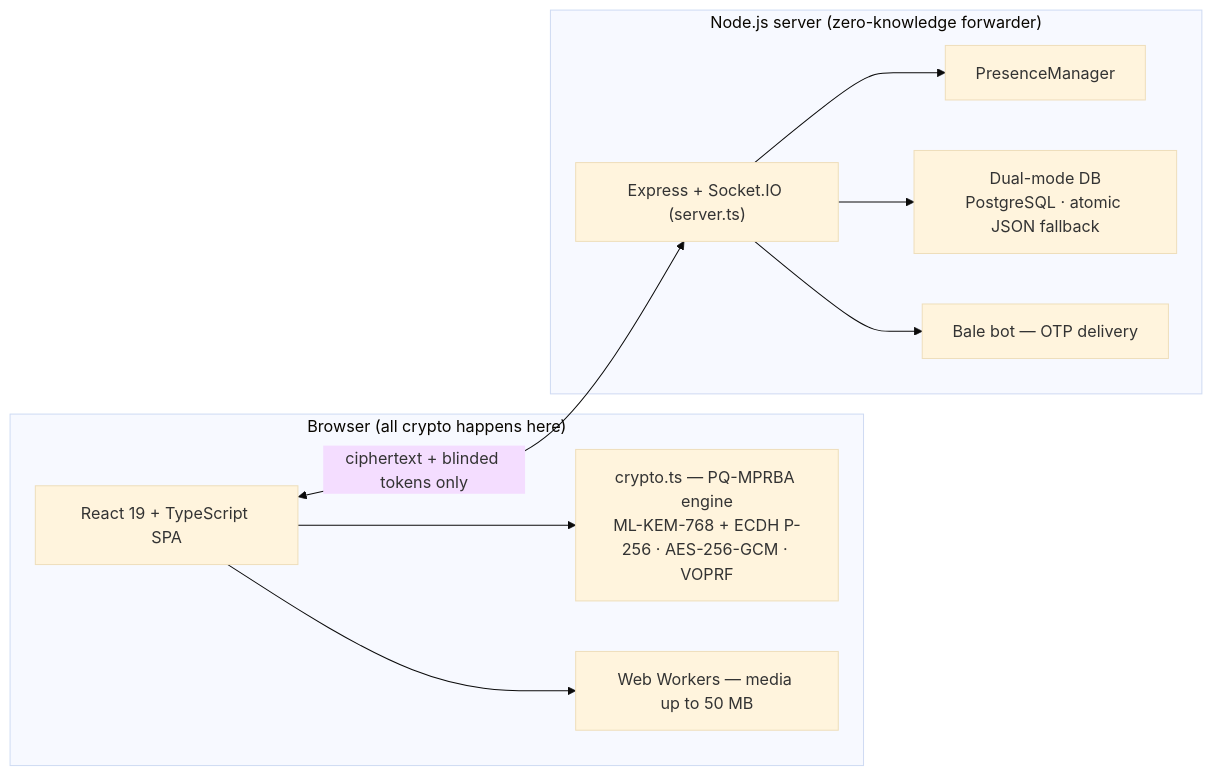
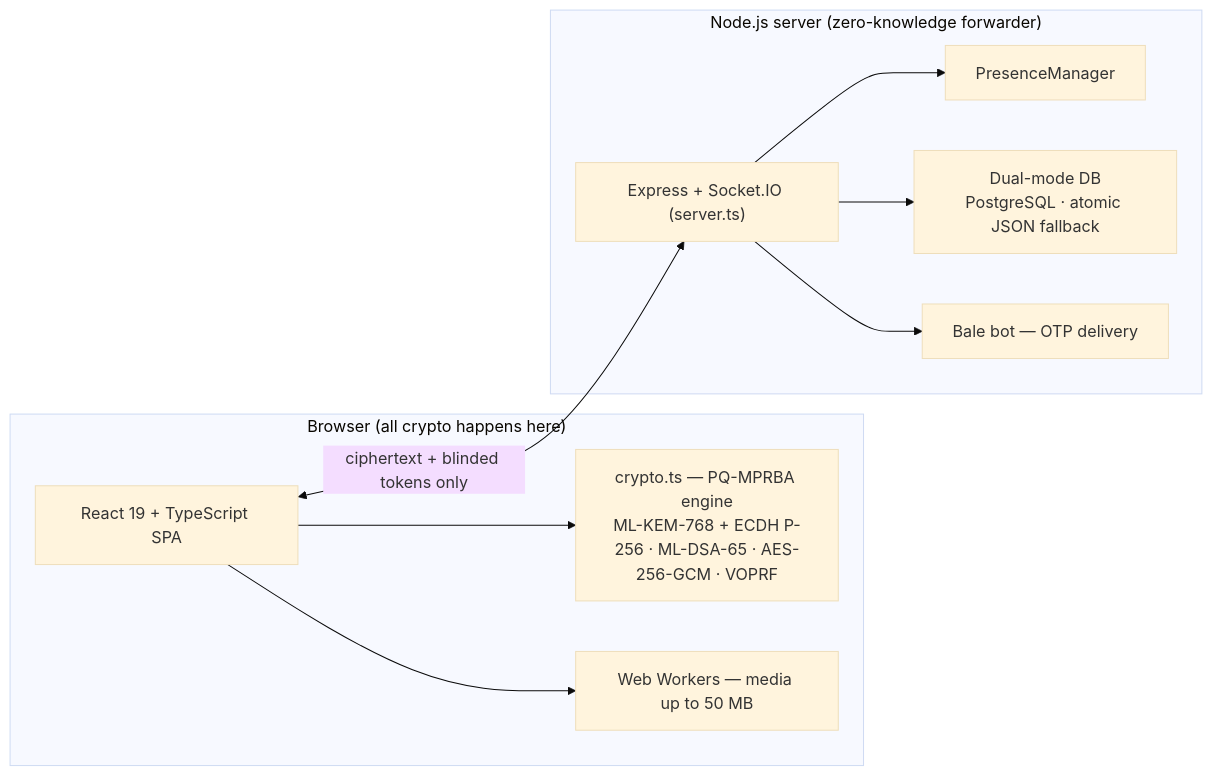
One commit to indirect-b/chat-app changed the diagram in README.md. Above: the diagram before and after it, drawn with Mermaid (base theme). The commit also changed other lines of this file, not shown here.

Commit message:
docs: document ML-DSA-65 identity signatures and anti-downgrade indicators in README

````diff
--- a/README.md
+++ b/README.md
@@ -87,20 +97,20 @@
 ```mermaid
 flowchart LR
-    subgraph Browser["Browser (all crypto happens here)"]
-        UI["React 19 + TypeScript SPA"]
-        CR["crypto.ts — PQ-MPRBA engine<br/>ML-KEM-768 + ECDH P-256 · AES-256-GCM · VOPRF"]
-        WK["Web Workers — media up to 50 MB"]
-        UI --> CR
-        UI --> WK
-    end
-    subgraph Server["Node.js server (zero-knowledge forwarder)"]
-        EX["Express + Socket.IO (server.ts)"]
-        PR["PresenceManager"]
-        DB["Dual-mode DB<br/>PostgreSQL · atomic JSON fallback"]
-        BL["Bale bot — OTP delivery"]
-        EX --> PR
-        EX --> DB
-        EX --> BL
-    end
-    UI <-->|"ciphertext + blinded tokens only"| EX
+  subgraph Browser["Browser (all crypto happens here)"]
+    UI["React 19 + TypeScript SPA"]
+    CR["crypto.ts — PQ-MPRBA engine<br/>ML-KEM-768 + ECDH P-256 · ML-DSA-65 · AES-256-GCM · VOPRF"]
+    WK["Web Workers — media up to 50 MB"]
+    UI --> CR
+    UI --> WK
+  end
+  subgraph Server["Node.js server (zero-knowledge forwarder)"]
+    EX["Express + Socket.IO (server.ts)"]
+    PR["PresenceManager"]
+    DB["Dual-mode DB<br/>PostgreSQL · atomic JSON fallback"]
+    BL["Bale bot — OTP delivery"]
+    EX --> PR
+    EX --> DB
+    EX --> BL
+  end
+  UI <-->|"ciphertext + blinded tokens only"| EX
 ```
````
